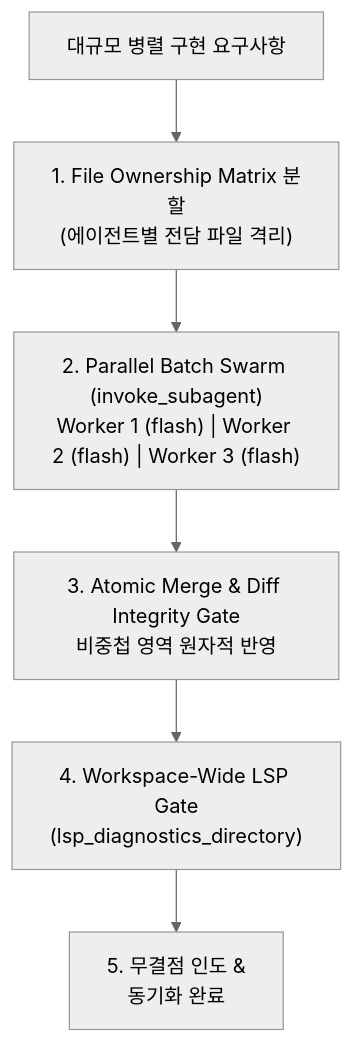
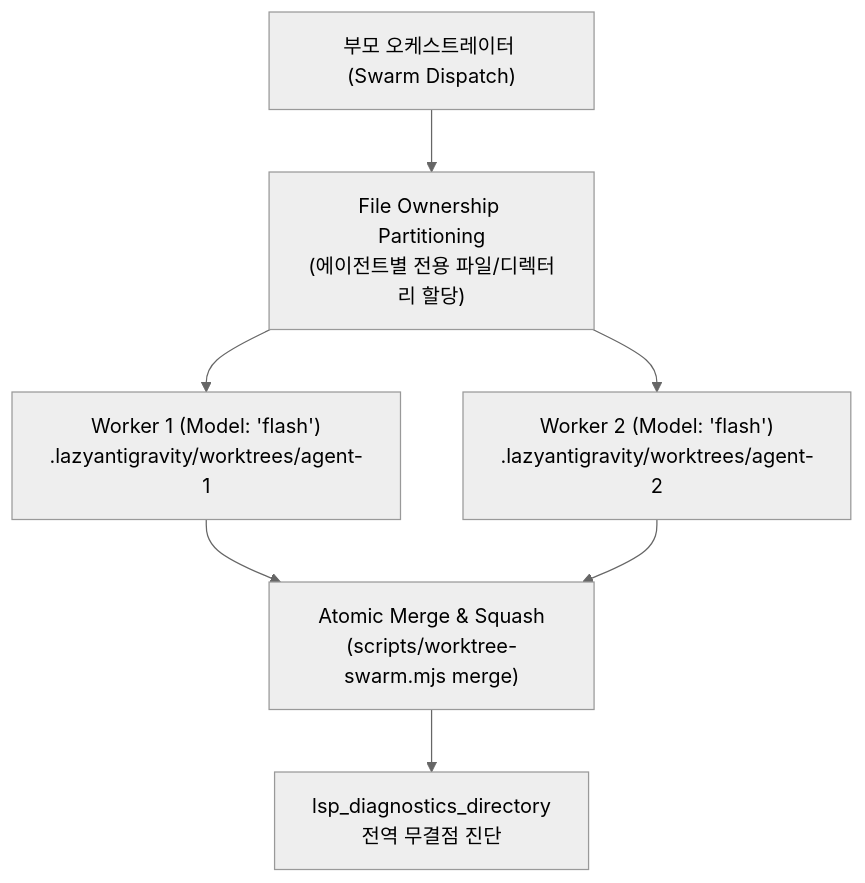
One commit to daeryundf2-prog/LAZYANTIGRAVITY changed the diagram in skills/swarm-sync/SKILL.md. Above: the diagram before and after it, drawn with Mermaid (neutral theme). The commit also changed other lines of this file and 35 other files, not shown here.

````diff
--- a/skills/swarm-sync/SKILL.md
+++ b/skills/swarm-sync/SKILL.md
@@ -10,8 +10,9 @@
 ```mermaid
 flowchart TD
-    Tasks["대규모 병렬 구현 요구사항"] --> Part["1. File Ownership Matrix 분할<br/>(에이전트별 전담 파일 격리)"]
-    Part --> Swarm["2. Parallel Batch Swarm (invoke_subagent)<br/>Worker 1 (flash) | Worker 2 (flash) | Worker 3 (flash)"]
-    Swarm --> Merge["3. Atomic Merge & Diff Integrity Gate<br/>비중첩 영역 원자적 반영"]
-    Merge --> LSP["4. Workspace-Wide LSP Gate<br/>(lsp_diagnostics_directory)"]
-    LSP --> Done["5. 무결점 인도 &<br/>동기화 완료"]
+    Parent["부모 오케스트레이터 (Swarm Dispatch)"] --> Part["File Ownership Partitioning<br/>(에이전트별 전용 파일/디렉터리 할당)"]
+    Part --> W1["Worker 1 (Model: 'flash')<br/>.lazyantigravity/worktrees/agent-1"]
+    Part --> W2["Worker 2 (Model: 'flash')<br/>.lazyantigravity/worktrees/agent-2"]
+    W1 --> Merge["Atomic Merge & Squash<br/>(scripts/worktree-swarm.mjs merge)"]
+    W2 --> Merge
+    Merge --> LSP["lsp_diagnostics_directory<br/>전역 무결점 진단"]
 ```
````
